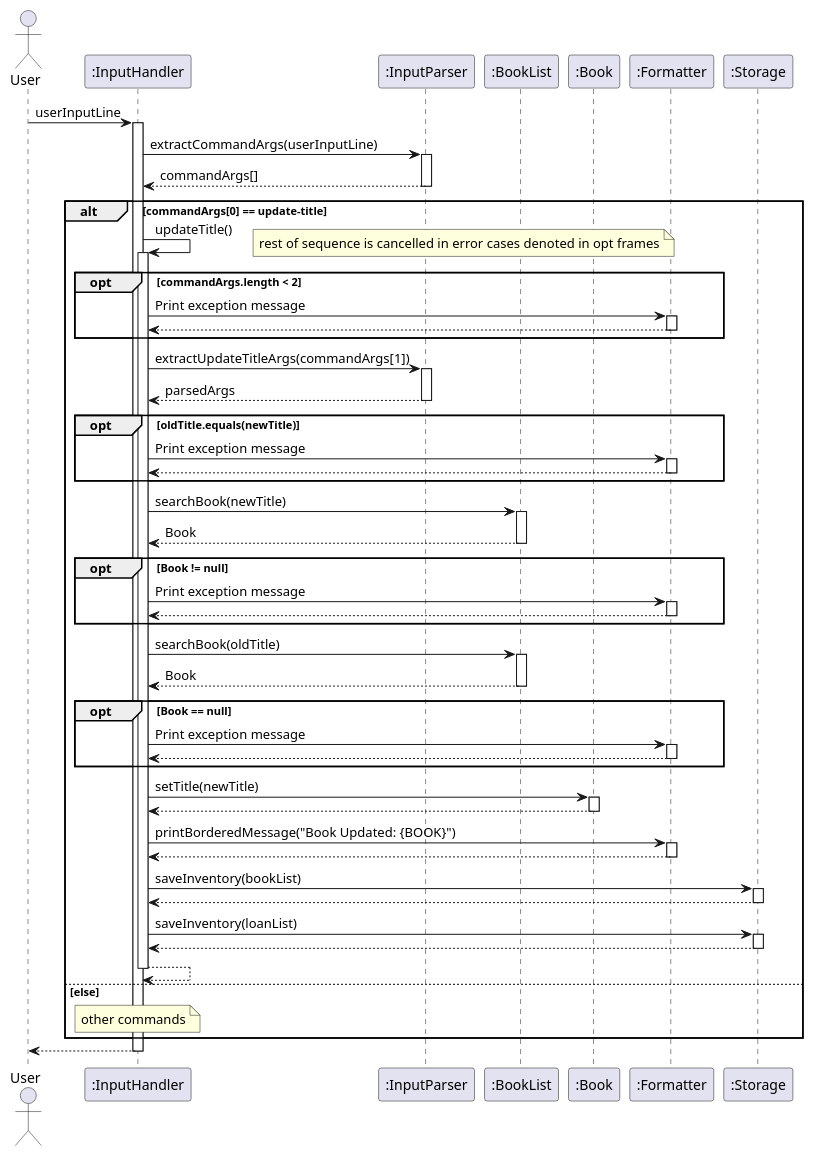
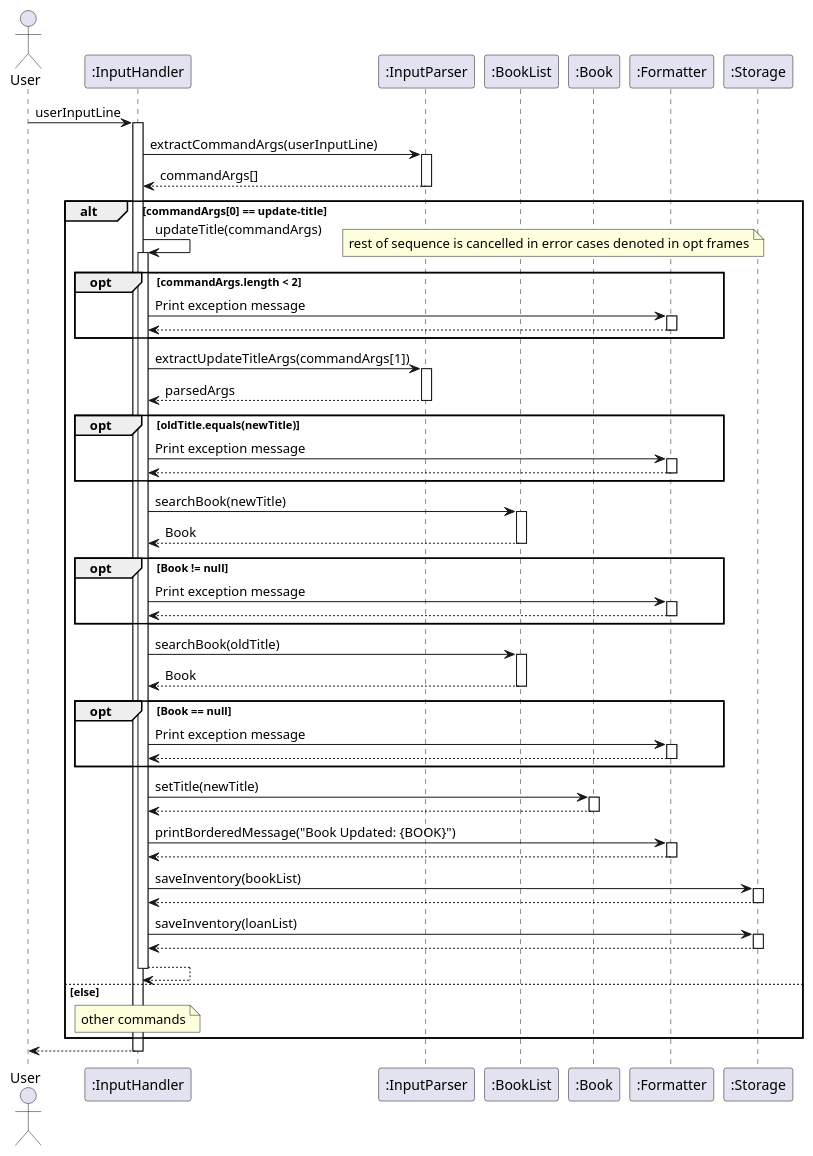
One commit to AY2425S2-CS2113-T12-2/tp changed the diagram in docs/diagrams/searchTitle.plantuml. Above: the diagram before and after it, drawn with PlantUML. The commit also changed 15 other files, not shown here.

Commit message:
add commandArgs into the method calls as arguments to reflect actual code

```diff
--- a/docs/diagrams/searchTitle.plantuml
+++ b/docs/diagrams/searchTitle.plantuml
@@ -1,103 +1,103 @@
 @startuml
 actor User
 participant InputHandler as ":InputHandler"
 participant InputParser as ":InputParser"
 participant BookList as ":BookList"
 participant Book as ":Book"
 participant Formatter as ":Formatter"
 participant Storage as ":Storage"
 
 User -> InputHandler: userInputLine
 activate InputHandler
 
 InputHandler -> InputParser: extractCommandArgs(userInputLine)
 activate InputParser
 
 InputParser --> InputHandler: commandArgs[]
 deactivate InputParser
 
 alt commandArgs[0] == update-title
-    InputHandler -> InputHandler : updateTitle()
+    InputHandler -> InputHandler : updateTitle(commandArgs)
     activate InputHandler
 
     opt commandArgs.length < 2
         note right
         rest of sequence is cancelled in error cases denoted in opt frames
         end note
         InputHandler -> Formatter: Print exception message
         activate Formatter
         Formatter --> InputHandler
         deactivate Formatter
     end
 
     InputHandler -> InputParser: extractUpdateTitleArgs(commandArgs[1])
     activate InputParser
 
     InputParser --> InputHandler: parsedArgs
     deactivate InputParser
 
    opt oldTitle.equals(newTitle)
         InputHandler -> Formatter: Print exception message
         activate Formatter
         Formatter --> InputHandler
         deactivate Formatter
     end
    
     InputHandler -> BookList: searchBook(newTitle)
     activate BookList
 
     BookList --> InputHandler: Book
     deactivate BookList
     
     opt Book != null
         InputHandler -> Formatter: Print exception message
         activate Formatter
         Formatter --> InputHandler
         deactivate Formatter
     end
 
     InputHandler -> BookList: searchBook(oldTitle)
     activate BookList
 
     BookList --> InputHandler: Book
     deactivate BookList
 
     opt Book == null
         InputHandler -> Formatter: Print exception message
         activate Formatter
         Formatter --> InputHandler
         deactivate Formatter
     end
     InputHandler -> Book : setTitle(newTitle)
     activate Book
     Book --> InputHandler
     deactivate Book
 
     InputHandler -> Formatter: printBorderedMessage("Book Updated: {BOOK}")
     activate Formatter
 
     Formatter --> InputHandler
     deactivate Formatter
 
     InputHandler -> Storage: saveInventory(bookList)
     activate Storage
 
     Storage --> InputHandler
     deactivate Storage
 
     InputHandler -> Storage: saveInventory(loanList)
     activate Storage
 
     Storage --> InputHandler
     deactivate Storage
 
 InputHandler --> InputHandler
 deactivate InputHandler
 
 else else
     note over InputHandler : other commands
 end
 
 InputHandler --> User
 deactivate InputHandler
 @enduml
```
